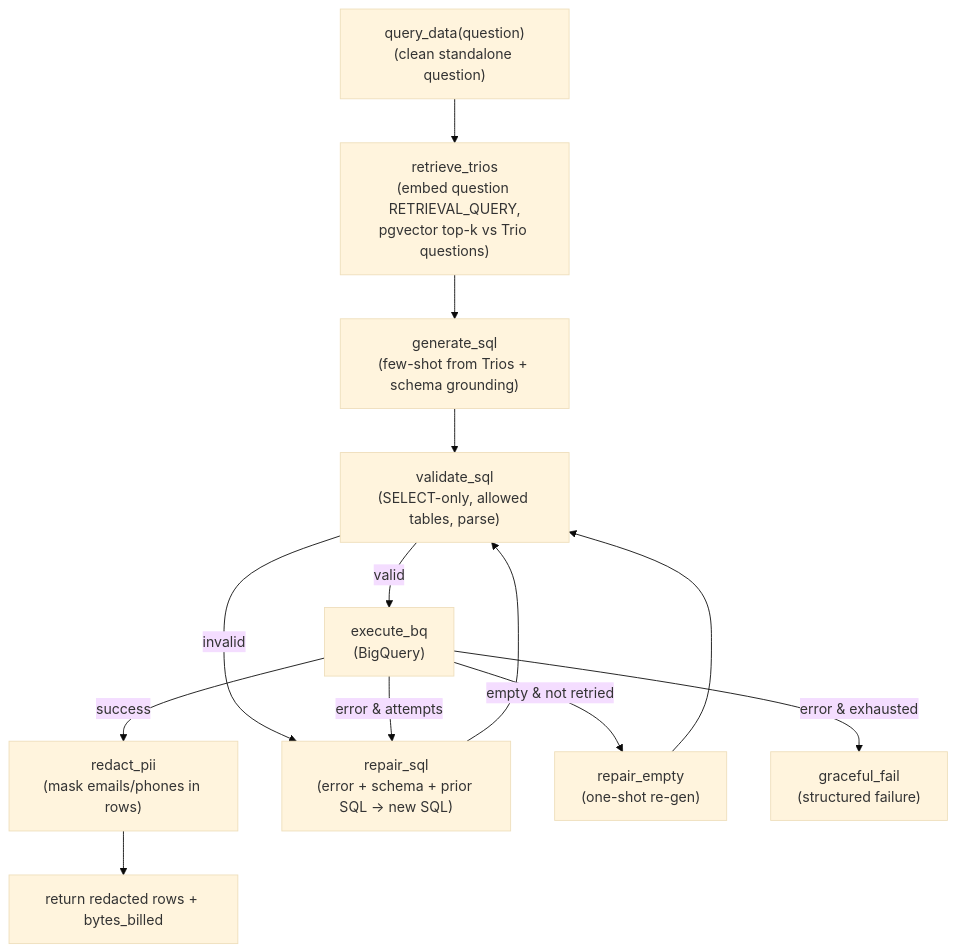
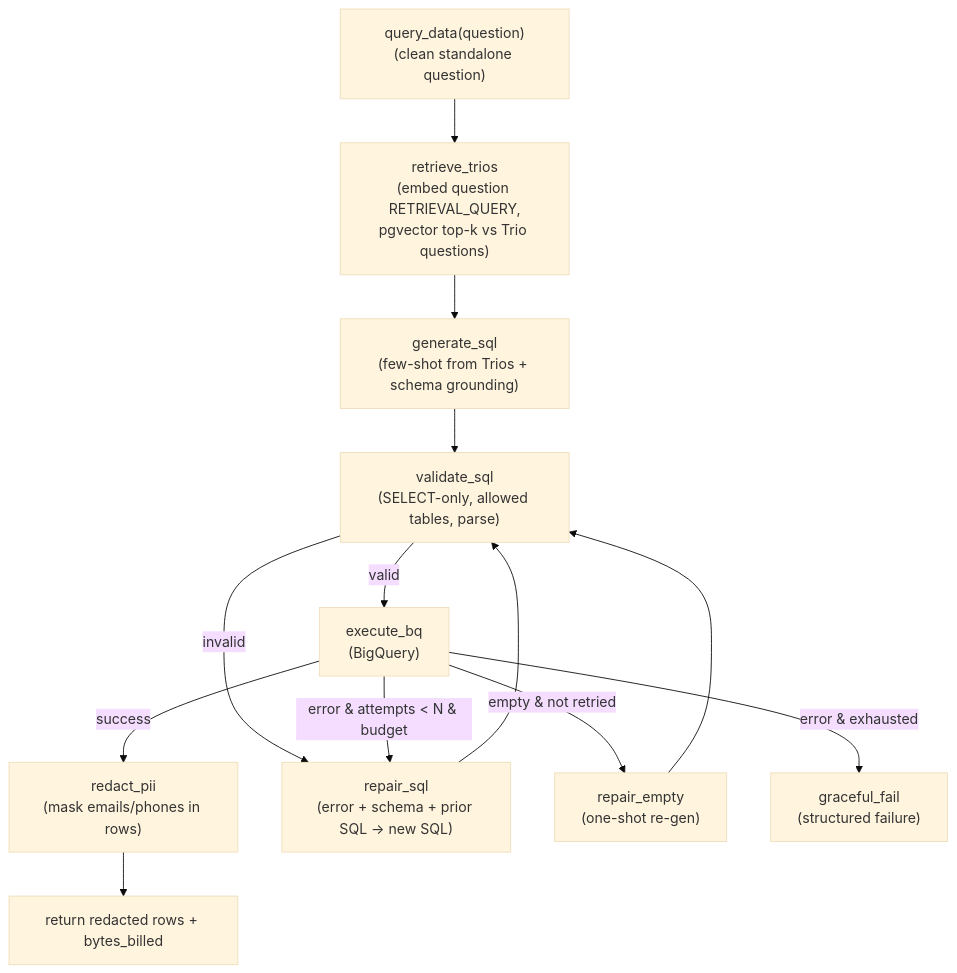
The fourth of 17 diagrams in design/04_System_Design.md (MiloradGlog/opsfleet-interview), drawn with Mermaid (base theme) before and after one commit. The commit also changed other lines of this file and 41 other files, not shown here.

````diff
--- a/design/04_System_Design.md
+++ b/design/04_System_Design.md
@@ -172,23 +164,23 @@
 ```mermaid
 flowchart TB
     start["query_data(question)\n(clean standalone question)"]
     rt["retrieve_trios\n(embed question RETRIEVAL_QUERY,\npgvector top-k vs Trio questions)"]
     gen["generate_sql\n(few-shot from Trios + schema grounding)"]
     val["validate_sql\n(SELECT-only, allowed tables, parse)"]
     exe["execute_bq\n(BigQuery)"]
     redact["redact_pii\n(mask emails/phones in rows)"]
     ok["return redacted rows + bytes_billed"]
     rep["repair_sql\n(error + schema + prior SQL → new SQL)"]
     emp["repair_empty\n(one-shot re-gen)"]
     fail["graceful_fail\n(structured failure)"]
 
     start --> rt --> gen --> val
     val -->|valid| exe
     val -->|invalid| rep
-    exe -->|error & attempts<N & budget| rep
+    exe -->|"error & attempts &lt; N & budget"| rep
     exe -->|empty & not retried| emp
     exe -->|error & exhausted| fail
     exe -->|success| redact --> ok
     rep --> val
     emp --> val
 ```
````
